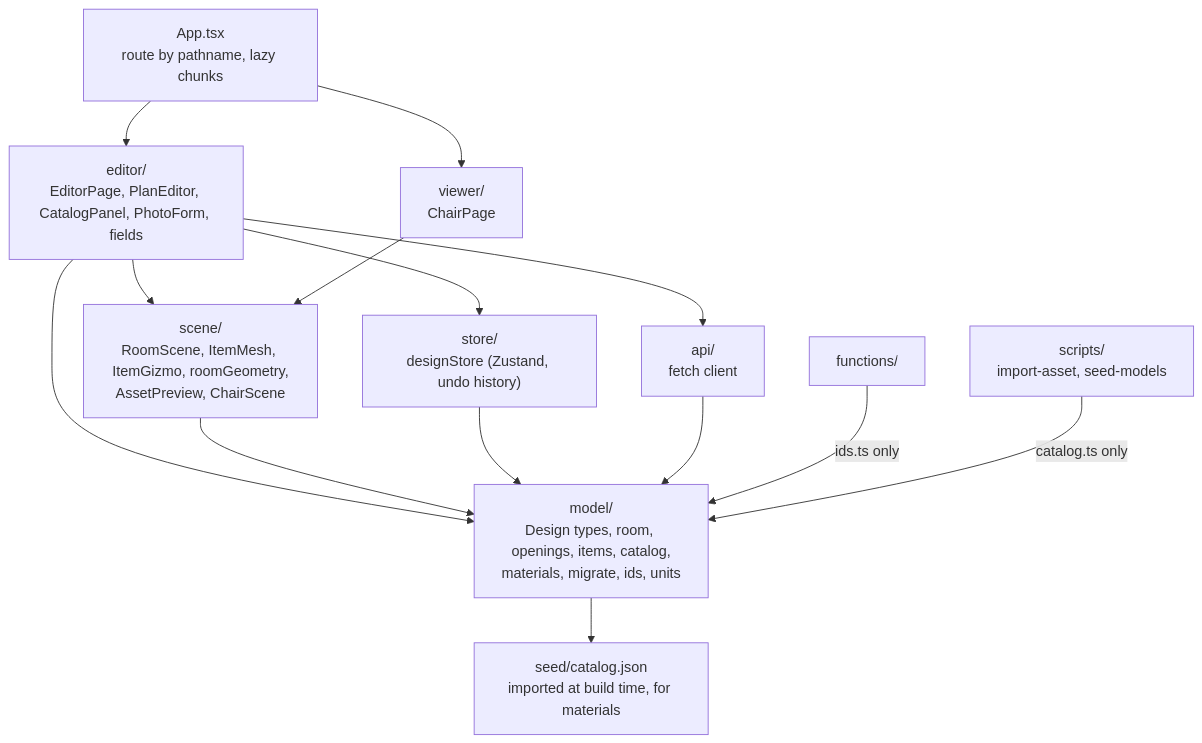
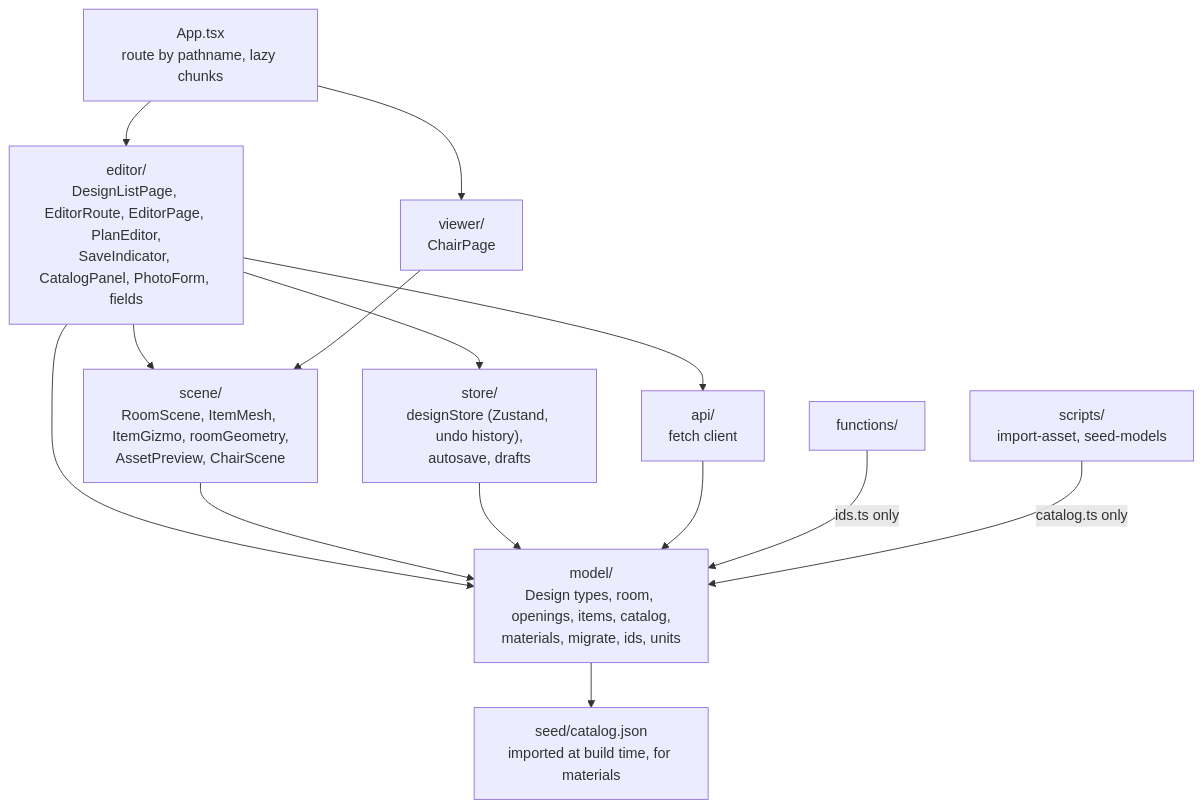
Before and after one commit to davidopluslau/whimsy-forge: the second of 6 diagrams in docs/SYSTEM_DESIGN.md, drawn with Mermaid. The commit also changed other lines of this file and 38 other files, not shown here.

First line of the commit message:
M5: Persistence - autosave, design list, migrations (#10)

````diff
--- a/docs/SYSTEM_DESIGN.md
+++ b/docs/SYSTEM_DESIGN.md
@@ -97,27 +101,27 @@
 ```mermaid
 flowchart TD
     app["App.tsx<br/>route by pathname, lazy chunks"]
-    editor["editor/<br/>EditorPage, PlanEditor, CatalogPanel, PhotoForm, fields"]
+    editor["editor/<br/>DesignListPage, EditorRoute, EditorPage, PlanEditor,<br/>SaveIndicator, CatalogPanel, PhotoForm, fields"]
     viewer["viewer/<br/>ChairPage"]
     scene["scene/<br/>RoomScene, ItemMesh, ItemGizmo, roomGeometry,<br/>AssetPreview, ChairScene"]
-    store["store/<br/>designStore (Zustand, undo history)"]
+    store["store/<br/>designStore (Zustand, undo history),<br/>autosave, drafts"]
     api["api/<br/>fetch client"]
     model["model/<br/>Design types, room, openings, items, catalog,<br/>materials, migrate, ids, units"]
     materials["seed/catalog.json<br/>imported at build time, for materials"]
     scripts["scripts/<br/>import-asset, seed-models"]
     fns["functions/"]
 
     app --> editor
     app --> viewer
     editor --> scene
     editor --> store
     editor --> api
     editor --> model
     viewer --> scene
     scene --> model
     store --> model
     api --> model
     model --> materials
     fns -->|"ids.ts only"| model
     scripts -->|"catalog.ts only"| model
 ```
````
